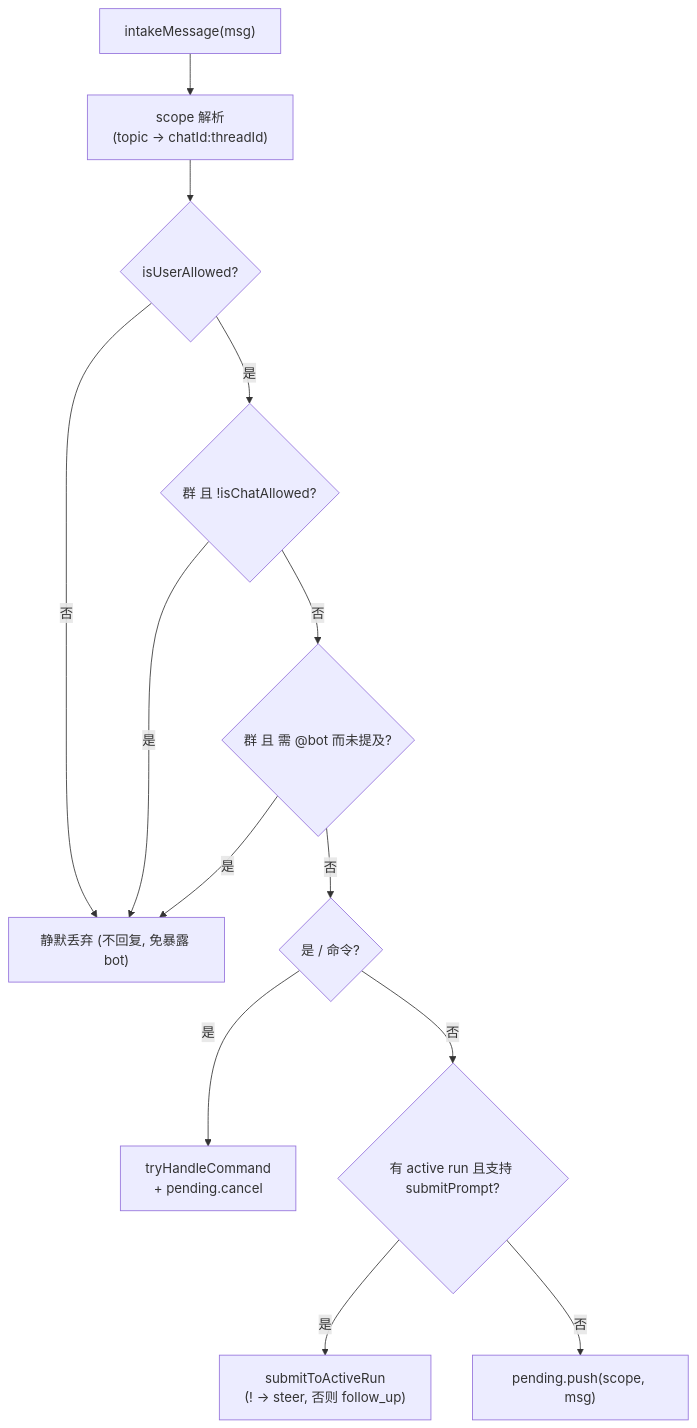
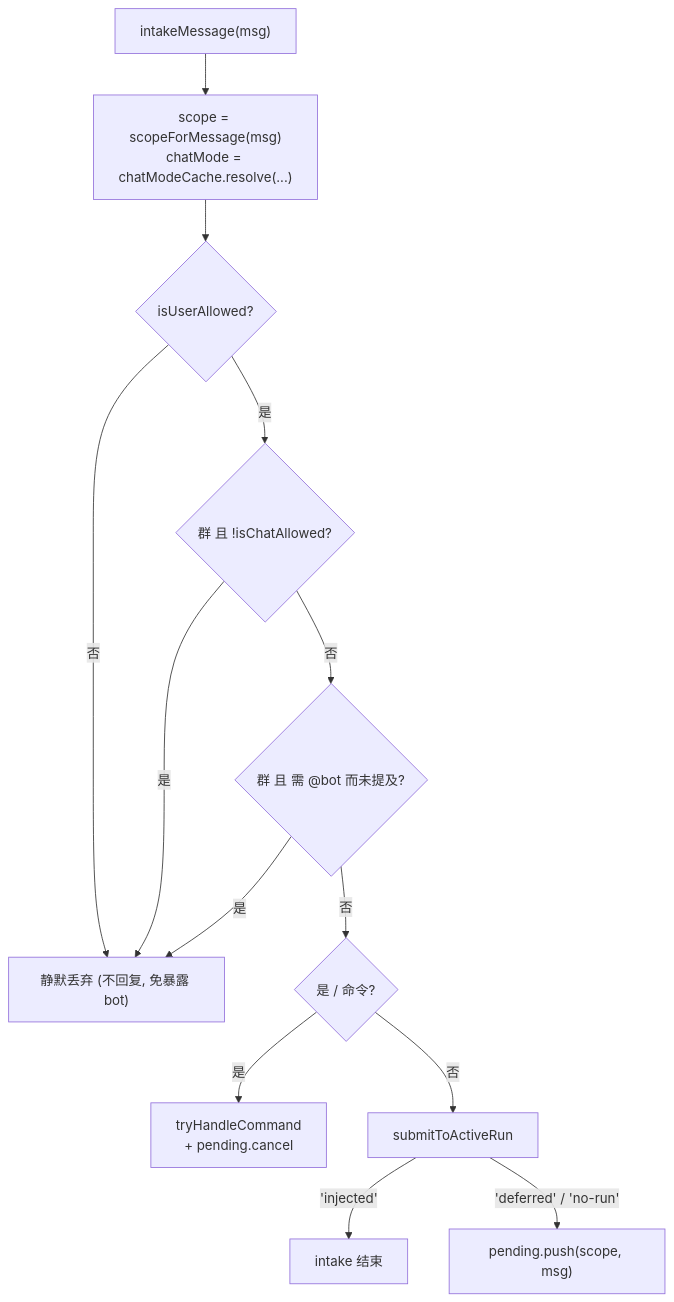
The fourth of 6 diagrams in how-it-works/04-message-pipeline.md (sorphwer/feishu-omp-bridge), drawn with Mermaid before and after one commit. The commit also changed other lines of this file and 12 other files, not shown here.

````diff
--- a/how-it-works/04-message-pipeline.md
+++ b/how-it-works/04-message-pipeline.md
@@ -77,15 +116,15 @@
 ```mermaid
 flowchart TD
-  IN["intakeMessage(msg)"] --> SC["scope 解析<br/>(topic → chatId:threadId)"]
+  IN["intakeMessage(msg)"] --> SC["scope = scopeForMessage(msg)<br/>chatMode = chatModeCache.resolve(...)"]
   SC --> A1{"isUserAllowed?"}
-  A1 -->|否| DROP["静默丢弃 (不回复, 免暴露 bot)"]
-  A1 -->|是| A2{"群 且 !isChatAllowed?"}
-  A2 -->|是| DROP
-  A2 -->|否| MEN{"群 且 需 @bot 而未提及?"}
-  MEN -->|是| DROP
-  MEN -->|否| CMD{"是 / 命令?"}
-  CMD -->|是| HC["tryHandleCommand<br/>+ pending.cancel"]
-  CMD -->|否| AR{"有 active run 且支持 submitPrompt?"}
-  AR -->|是| SUB["submitToActiveRun<br/>(! → steer, 否则 follow_up)"]
-  AR -->|否| PUSH["pending.push(scope, msg)"]
+  A1 -->|"否"| DROP["静默丢弃 (不回复, 免暴露 bot)"]
+  A1 -->|"是"| A2{"群 且 !isChatAllowed?"}
+  A2 -->|"是"| DROP
+  A2 -->|"否"| MEN{"群 且 需 @bot 而未提及?"}
+  MEN -->|"是"| DROP
+  MEN -->|"否"| CMD{"是 / 命令?"}
+  CMD -->|"是"| HC["tryHandleCommand<br/>+ pending.cancel"]
+  CMD -->|"否"| AR["submitToActiveRun"]
+  AR -->|"'injected'"| OK["intake 结束"]
+  AR -->|"'deferred' / 'no-run'"| PUSH["pending.push(scope, msg)"]
 ```
````
